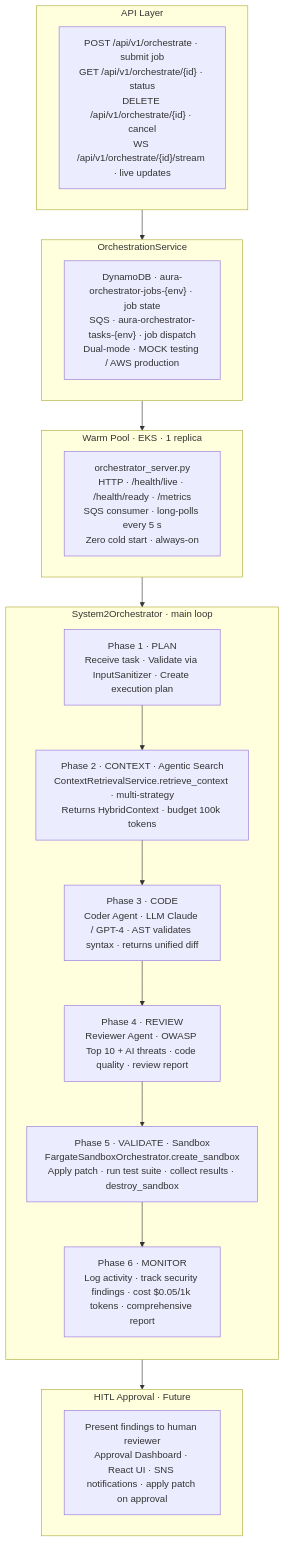
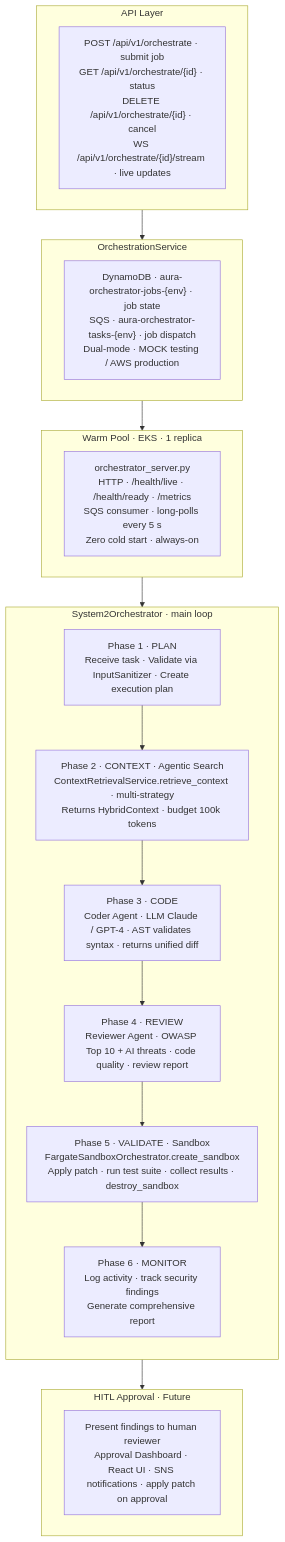
Before and after one commit to aenealabs/aura: the fifth of 11 diagrams in docs/SYSTEM_ARCHITECTURE.md, drawn with Mermaid. The commit also changed other lines of this file, not shown here.

````diff
--- a/docs/SYSTEM_ARCHITECTURE.md
+++ b/docs/SYSTEM_ARCHITECTURE.md
@@ -297,31 +297,31 @@
 ```mermaid
 flowchart TD
     subgraph API["API Layer"]
         A1["POST /api/v1/orchestrate · submit job<br/>GET /api/v1/orchestrate/{id} · status<br/>DELETE /api/v1/orchestrate/{id} · cancel<br/>WS /api/v1/orchestrate/{id}/stream · live updates"]
     end
 
     subgraph Svc["OrchestrationService"]
         S1["DynamoDB · aura-orchestrator-jobs-{env} · job state<br/>SQS · aura-orchestrator-tasks-{env} · job dispatch<br/>Dual-mode · MOCK testing / AWS production"]
     end
 
     subgraph Warm["Warm Pool · EKS · 1 replica"]
         W1["orchestrator_server.py<br/>HTTP · /health/live · /health/ready · /metrics<br/>SQS consumer · long-polls every 5 s<br/>Zero cold start · always-on"]
     end
 
     subgraph Loop["System2Orchestrator · main loop"]
         direction TB
         P1["Phase 1 · PLAN<br/>Receive task · Validate via InputSanitizer · Create execution plan"]
         P2["Phase 2 · CONTEXT · Agentic Search<br/>ContextRetrievalService.retrieve_context · multi-strategy<br/>Returns HybridContext · budget 100k tokens"]
         P3["Phase 3 · CODE<br/>Coder Agent · LLM Claude / GPT-4 · AST validates syntax · returns unified diff"]
         P4["Phase 4 · REVIEW<br/>Reviewer Agent · OWASP Top 10 + AI threats · code quality · review report"]
         P5["Phase 5 · VALIDATE · Sandbox<br/>FargateSandboxOrchestrator.create_sandbox<br/>Apply patch · run test suite · collect results · destroy_sandbox"]
-        P6["Phase 6 · MONITOR<br/>Log activity · track security findings · cost $0.05/1k tokens · comprehensive report"]
+        P6["Phase 6 · MONITOR<br/>Log activity · track security findings<br/>Generate comprehensive report"]
         P1 --> P2 --> P3 --> P4 --> P5 --> P6
     end
 
     subgraph HITL["HITL Approval · Future"]
         H1["Present findings to human reviewer<br/>Approval Dashboard · React UI · SNS notifications · apply patch on approval"]
     end
 
     API --> Svc --> Warm --> Loop --> HITL
 ```
````
